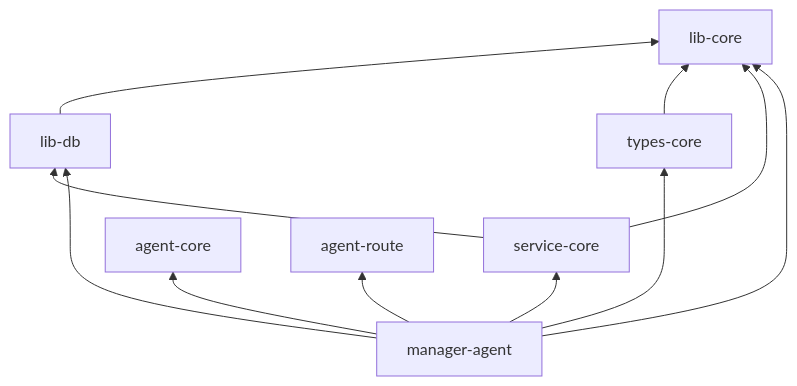
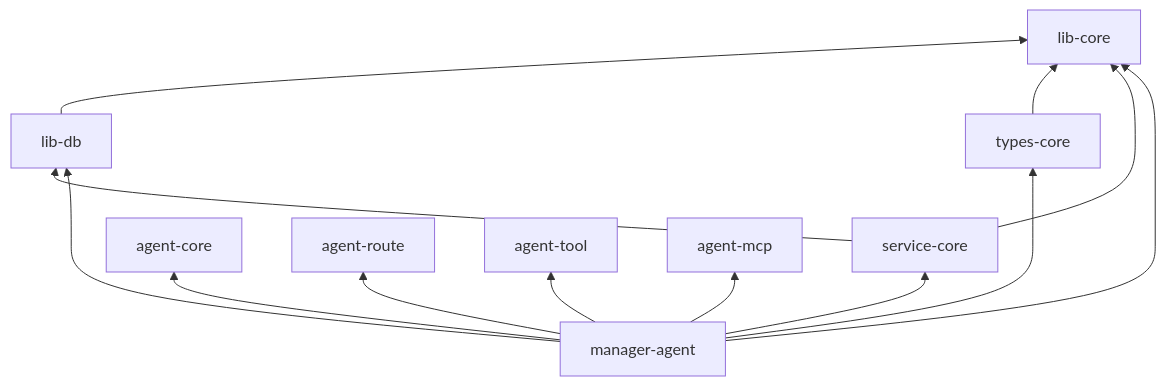
Before and after one commit to lingting/lingting-agent: the second of 5 diagrams in docs/workspace.md, drawn with Mermaid. The commit also changed other lines of this file and 10 other files, not shown here.

````diff
--- a/docs/workspace.md
+++ b/docs/workspace.md
@@ -701,14 +702,16 @@
 ```mermaid
 flowchart BT
     libcore["lib-core"]
     libdb["lib-db"] --> libcore
     typescore["types-core"] --> libcore
     servicecore["service-core"] --> libdb
     servicecore --> libcore
     manager["manager-agent"] --> servicecore
     manager --> typescore["types-core"]
     manager --> agentcore["agent-core"]
     manager --> libdb
     manager --> agentroute["agent-route"]
+    manager --> tool["agent-tool"]
+    manager --> mcp["agent-mcp"]
     manager --> libcore
 ```
````
